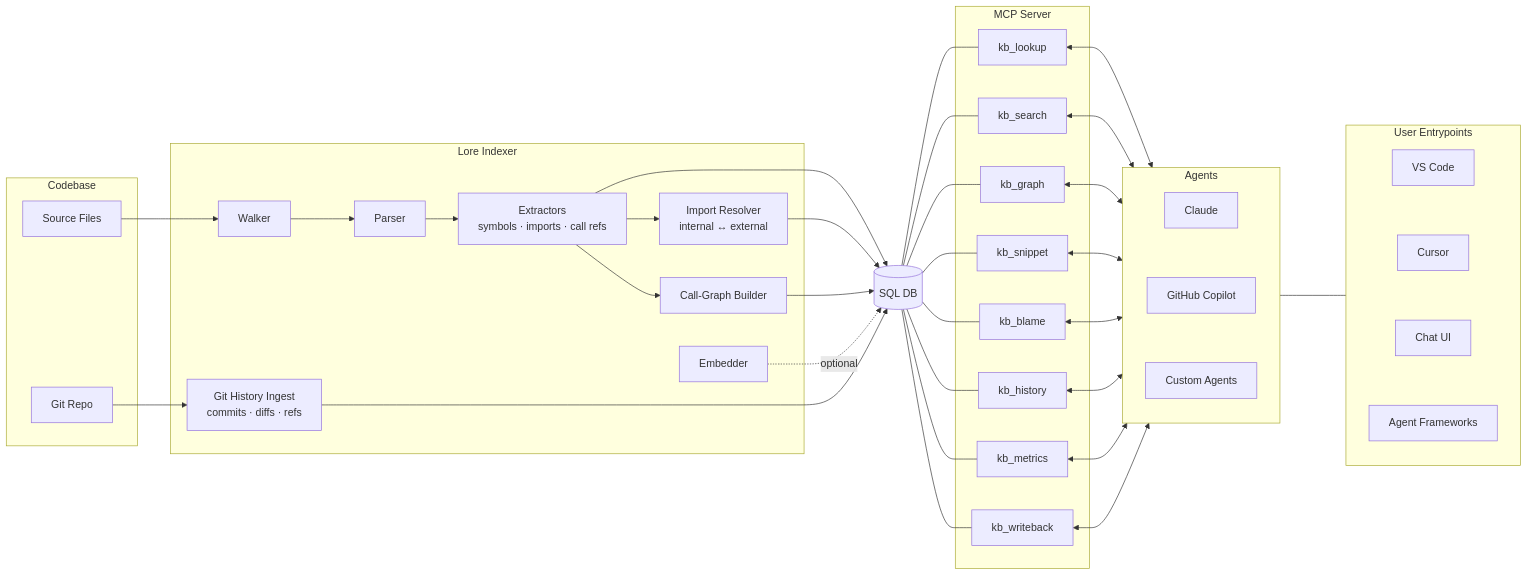
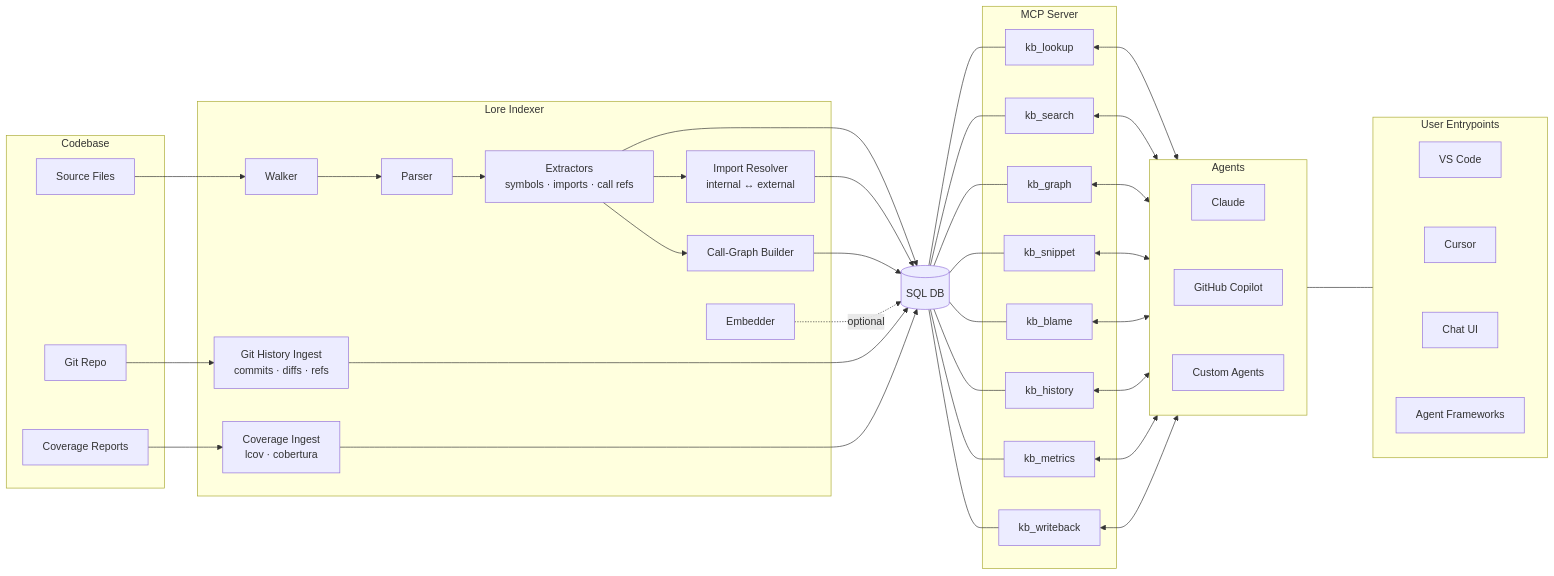
One commit to jafreck/Lore changed the diagram in README.md. Above: the diagram before and after it, drawn with Mermaid. The commit also changed other lines of this file and 2 other files, not shown here.

First line of the commit message:
Add status badges and coverage to architecture diagrams (#71)

````diff
--- a/README.md
+++ b/README.md
@@ -18,57 +23,60 @@
 ```mermaid
 flowchart LR
     subgraph Codebase
         SRC[Source Files]
         GIT[Git Repo]
+        COV[Coverage Reports]
     end
 
     subgraph Lore Indexer
         WALK[Walker]
         PARSE[Parser]
         EXTRACT[Extractors<br/>symbols · imports · call refs]
         RESOLVE[Import Resolver<br/>internal ↔ external]
         CALLGRAPH[Call-Graph Builder]
         EMBED[Embedder]
         GITHIST[Git History Ingest<br/>commits · diffs · refs]
+        COVINGEST[Coverage Ingest<br/>lcov · cobertura]
     end
 
     DB[(SQL DB)]
 
     subgraph MCP Server
         LOOKUP[kb_lookup]
         SEARCH[kb_search]
         GRAPH[kb_graph]
         SNIPPET[kb_snippet]
         BLAME[kb_blame]
         HISTORY[kb_history]
         METRICS[kb_metrics]
         WRITEBACK[kb_writeback]
     end
 
     subgraph LLM_AGENTS[Agents]
         CLAUDE[Claude]
         COPILOT[GitHub Copilot]
         CUSTOM_AGENT[Custom Agents]
         CLAUDE ~~~ COPILOT ~~~ CUSTOM_AGENT
     end
 
     subgraph ENTRY[User Entrypoints]
         VSCODE[VS Code]
         CURSOR[Cursor]
         CHAT[Chat UI]
         ORCH[Agent Frameworks]
         VSCODE ~~~ CURSOR ~~~ CHAT ~~~ ORCH
     end
 
     SRC --> WALK --> PARSE --> EXTRACT
     EXTRACT --> RESOLVE & CALLGRAPH
     EXTRACT & RESOLVE & CALLGRAPH --> DB
     EMBED -.->|optional| DB
     GIT --> GITHIST --> DB
+    COV --> COVINGEST --> DB
 
     DB --- LOOKUP & SEARCH & GRAPH & SNIPPET & BLAME & HISTORY & METRICS & WRITEBACK
 
     LOOKUP & SEARCH & GRAPH & SNIPPET & BLAME & HISTORY & METRICS & WRITEBACK <--> LLM_AGENTS
 
     LLM_AGENTS <--- ENTRY
 ```
````
